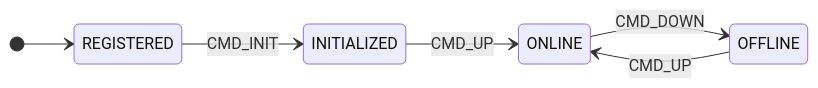
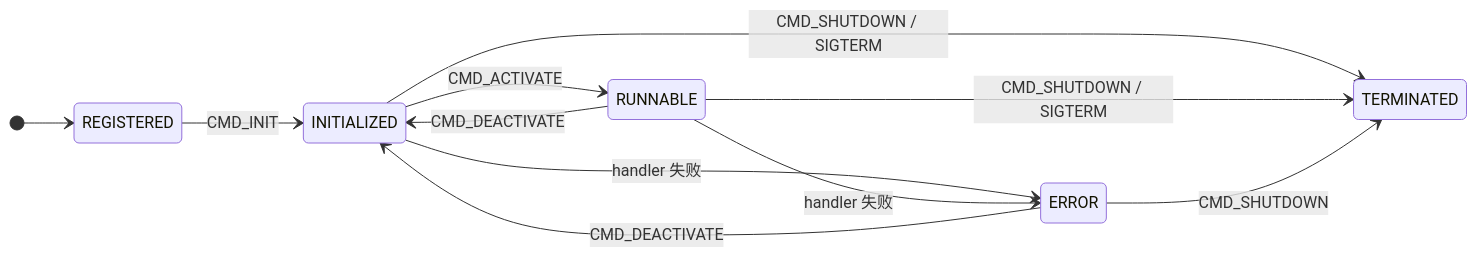
One commit to syswonder/robonix-book changed the first of 3 diagrams in src/architecture/cap-lifecycle.md. Above: the diagram before and after it, drawn with Mermaid. The commit also changed other lines of this file, not shown here.

````diff
--- a/src/architecture/cap-lifecycle.md
+++ b/src/architecture/cap-lifecycle.md
@@ -17,9 +19,14 @@
 ```mermaid
 stateDiagram-v2
     direction LR
     [*] --> REGISTERED
     REGISTERED  --> INITIALIZED : CMD_INIT
-    INITIALIZED --> ONLINE      : CMD_UP
-    ONLINE      --> OFFLINE     : CMD_DOWN
-    OFFLINE     --> ONLINE      : CMD_UP
+    INITIALIZED --> RUNNABLE    : CMD_ACTIVATE
+    RUNNABLE    --> INITIALIZED : CMD_DEACTIVATE
+    INITIALIZED --> ERROR       : handler 失败
+    RUNNABLE    --> ERROR       : handler 失败
+    ERROR       --> INITIALIZED : CMD_DEACTIVATE
+    INITIALIZED --> TERMINATED  : CMD_SHUTDOWN / SIGTERM
+    RUNNABLE    --> TERMINATED  : CMD_SHUTDOWN / SIGTERM
+    ERROR       --> TERMINATED  : CMD_SHUTDOWN
 ```
````
